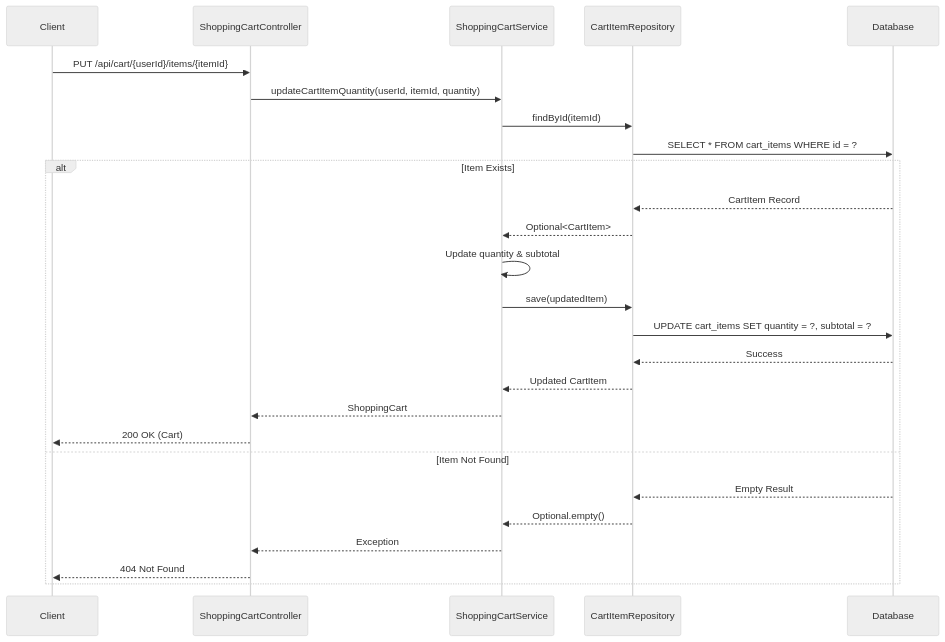
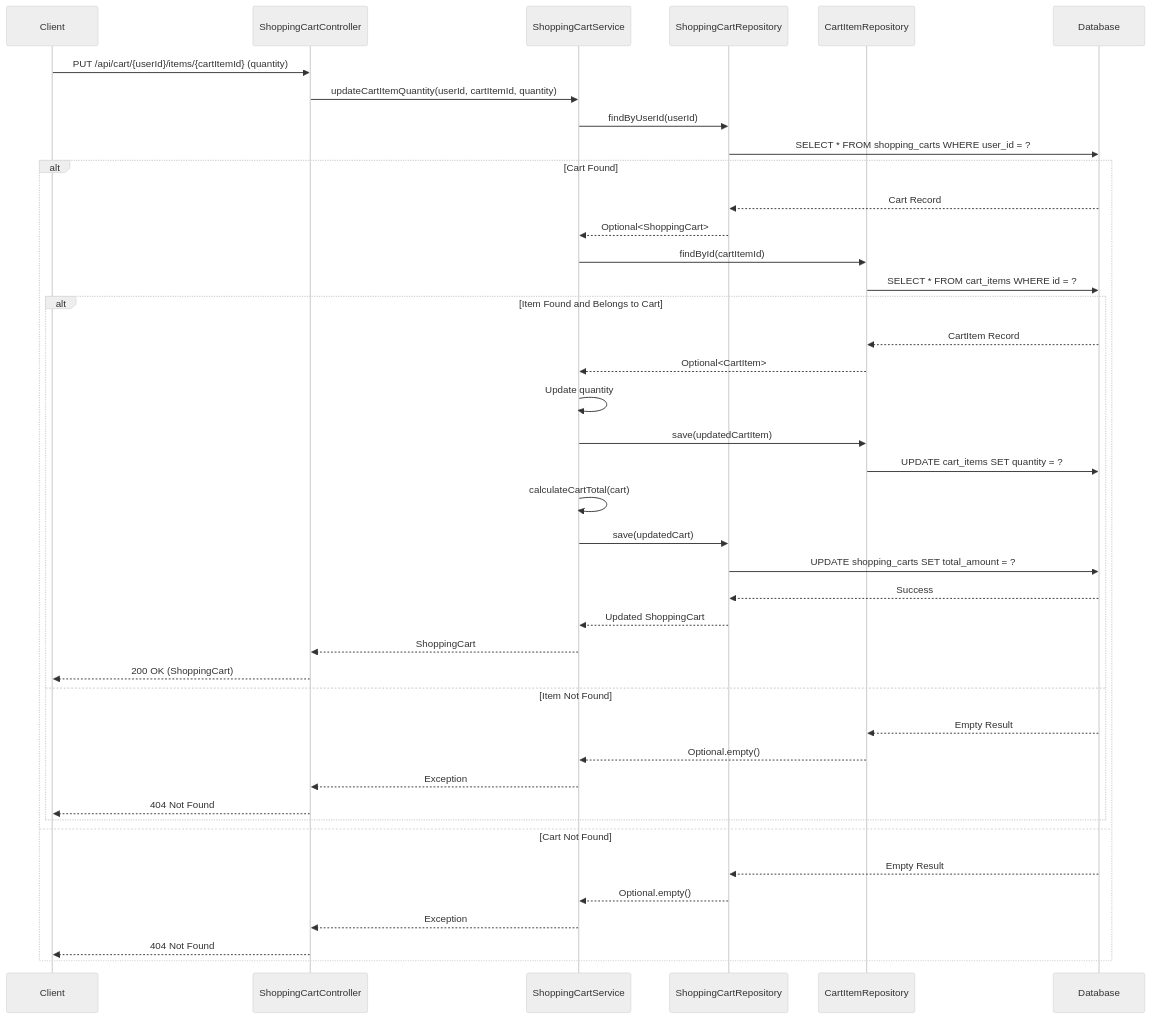
Before and after one commit to NavneetBN47/aava-ecom-demo: diagram 12 of 13 in docs/LLD/modified_lld.md, drawn with Mermaid (neutral theme). The commit also changed other lines of this file, not shown here.

````diff
--- a/docs/LLD/modified_lld.md
+++ b/docs/LLD/modified_lld.md
@@ -455,30 +434,46 @@
 ```mermaid
 sequenceDiagram
     participant Client
     participant ShoppingCartController
     participant ShoppingCartService
+    participant ShoppingCartRepository
     participant CartItemRepository
     participant Database
 
-    Client->>ShoppingCartController: PUT /api/cart/{userId}/items/{itemId}
-    ShoppingCartController->>ShoppingCartService: updateCartItemQuantity(userId, itemId, quantity)
-    ShoppingCartService->>CartItemRepository: findById(itemId)
-    CartItemRepository->>Database: SELECT * FROM cart_items WHERE id = ?
+    Client->>ShoppingCartController: PUT /api/cart/{userId}/items/{cartItemId} (quantity)
+    ShoppingCartController->>ShoppingCartService: updateCartItemQuantity(userId, cartItemId, quantity)
+    ShoppingCartService->>ShoppingCartRepository: findByUserId(userId)
+    ShoppingCartRepository->>Database: SELECT * FROM shopping_carts WHERE user_id = ?
     
-    alt Item Exists
-        Database-->>CartItemRepository: CartItem Record
-        CartItemRepository-->>ShoppingCartService: Optional<CartItem>
-        ShoppingCartService->>ShoppingCartService: Update quantity & subtotal
-        ShoppingCartService->>CartItemRepository: save(updatedItem)
-        CartItemRepository->>Database: UPDATE cart_items SET quantity = ?, subtotal = ?
-        Database-->>CartItemRepository: Success
-        CartItemRepository-->>ShoppingCartService: Updated CartItem
-        ShoppingCartService-->>ShoppingCartController: ShoppingCart
-        ShoppingCartController-->>Client: 200 OK (Cart)
-    else Item Not Found
-        Database-->>CartItemRepository: Empty Result
-        CartItemRepository-->>ShoppingCartService: Optional.empty()
+    alt Cart Found
+        Database-->>ShoppingCartRepository: Cart Record
+        ShoppingCartRepository-->>ShoppingCartService: Optional<ShoppingCart>
+        ShoppingCartService->>CartItemRepository: findById(cartItemId)
+        CartItemRepository->>Database: SELECT * FROM cart_items WHERE id = ?
+        
+        alt Item Found and Belongs to Cart
+            Database-->>CartItemRepository: CartItem Record
+            CartItemRepository-->>ShoppingCartService: Optional<CartItem>
+            ShoppingCartService->>ShoppingCartService: Update quantity
+            ShoppingCartService->>CartItemRepository: save(updatedCartItem)
+            CartItemRepository->>Database: UPDATE cart_items SET quantity = ?
+            ShoppingCartService->>ShoppingCartService: calculateCartTotal(cart)
+            ShoppingCartService->>ShoppingCartRepository: save(updatedCart)
+            ShoppingCartRepository->>Database: UPDATE shopping_carts SET total_amount = ?
+            Database-->>ShoppingCartRepository: Success
+            ShoppingCartRepository-->>ShoppingCartService: Updated ShoppingCart
+            ShoppingCartService-->>ShoppingCartController: ShoppingCart
+            ShoppingCartController-->>Client: 200 OK (ShoppingCart)
+        else Item Not Found
+            Database-->>CartItemRepository: Empty Result
+            CartItemRepository-->>ShoppingCartService: Optional.empty()
+            ShoppingCartService-->>ShoppingCartController: Exception
+            ShoppingCartController-->>Client: 404 Not Found
+        end
+    else Cart Not Found
+        Database-->>ShoppingCartRepository: Empty Result
+        ShoppingCartRepository-->>ShoppingCartService: Optional.empty()
         ShoppingCartService-->>ShoppingCartController: Exception
         ShoppingCartController-->>Client: 404 Not Found
     end
 ```
````
